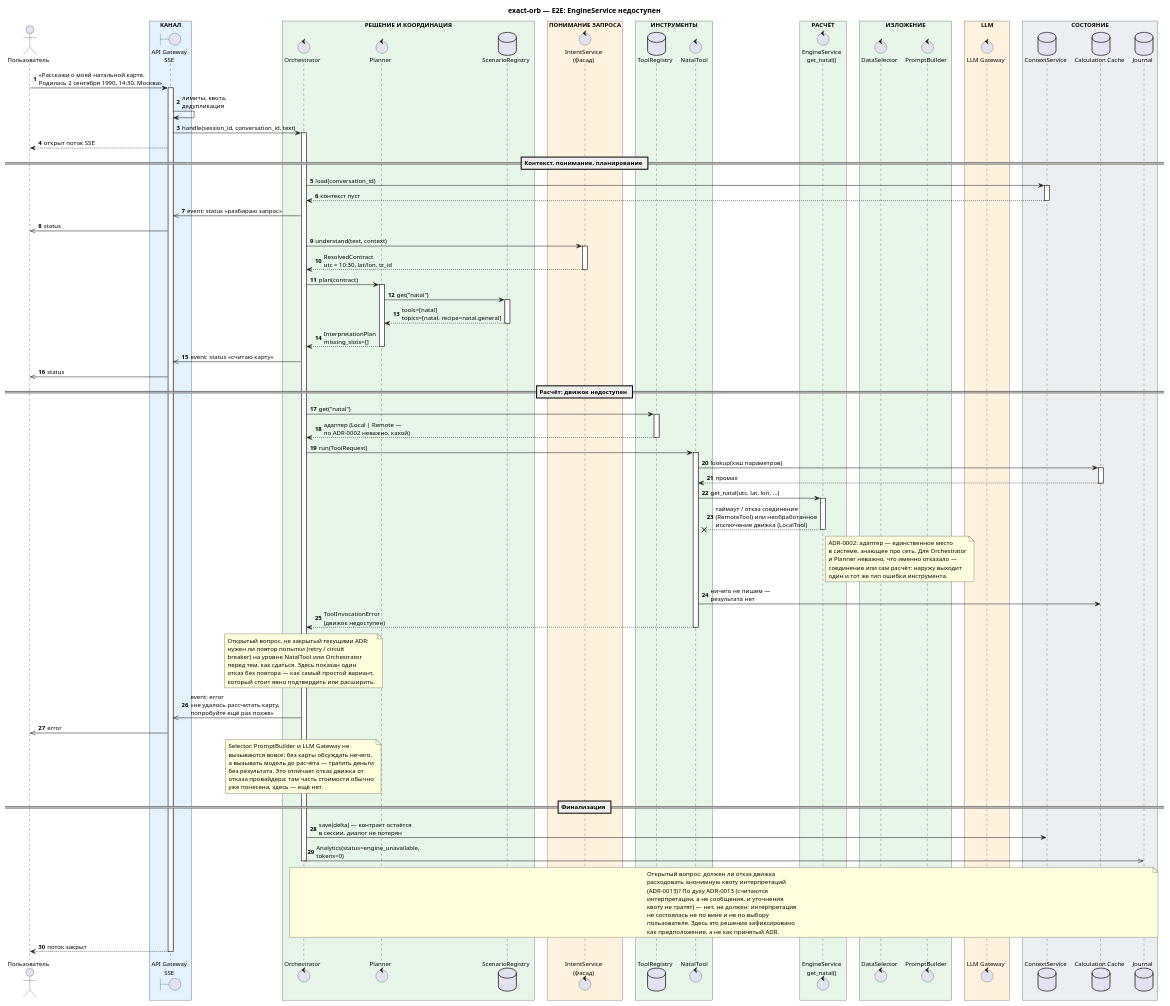
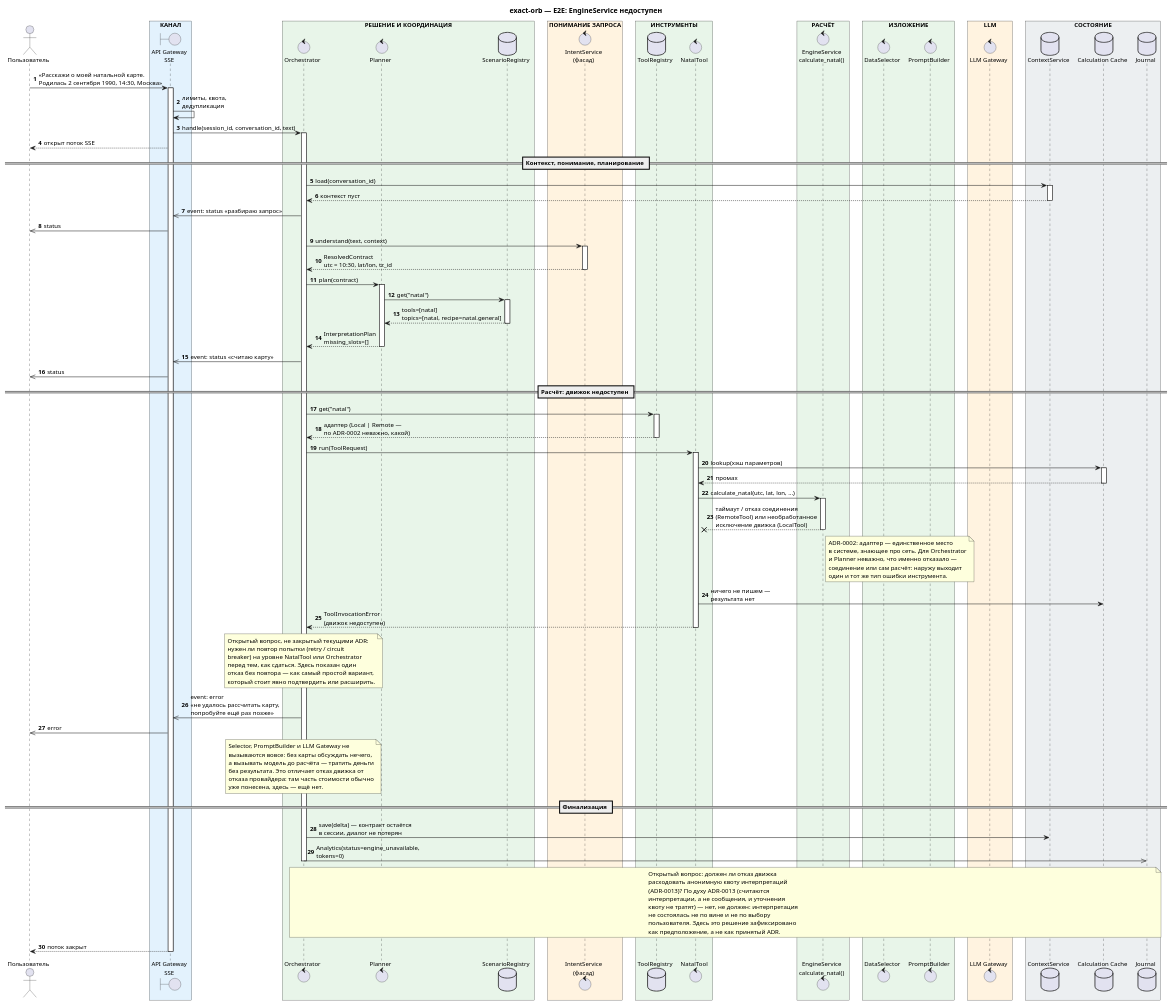
Before and after one commit to unemployedITshnik/exact-orb-demo: the diagram in docs/sequence_diagrams/general_e2e/e2e_engine_unavailable.puml, drawn with PlantUML. The commit also changed 26 other files, not shown here.

First line of the commit message:
refactor: rename chart calculation functions

```diff
--- a/docs/sequence_diagrams/general_e2e/e2e_engine_unavailable.puml
+++ b/docs/sequence_diagrams/general_e2e/e2e_engine_unavailable.puml
@@ -1,154 +1,154 @@
 @startuml
 title exact-orb — E2E: EngineService недоступен
 
 autonumber
 skinparam shadowing false
 skinparam ParticipantPadding 12
 skinparam BoxPadding 12
 skinparam DefaultFontSize 12
 
 actor "Пользователь" as User
 
 box "КАНАЛ" #E3F2FD
   boundary "API Gateway\nSSE" as Entry
 end box
 
 box "РЕШЕНИЕ И КООРДИНАЦИЯ" #E8F5E9
   control "Orchestrator" as Orch
   control "Planner" as Planner
   database "ScenarioRegistry" as ScenReg
 end box
 
 box "ПОНИМАНИЕ ЗАПРОСА" #FFF3E0
   control "IntentService\n(фасад)" as Intent
 end box
 
 box "ИНСТРУМЕНТЫ" #E8F5E9
   database "ToolRegistry" as ToolReg
   control "NatalTool" as NatalTool
 end box
 
 box "РАСЧЁТ" #E8F5E9
-  control "EngineService\nget_natal()" as Engine
+  control "EngineService\ncalculate_natal()" as Engine
 end box
 
 box "ИЗЛОЖЕНИЕ" #E8F5E9
   control "DataSelector" as Selector
   control "PromptBuilder" as PBuilder
 end box
 
 box "LLM" #FFF3E0
   control "LLM Gateway" as Gateway
 end box
 
 box "СОСТОЯНИЕ" #ECEFF1
   database "ContextService" as Ctx
   database "Calculation Cache" as Cache
   database "Journal" as Journal
 end box
 
 User -> Entry : «Расскажи о моей натальной карте.\nРодилась 2 сентября 1990, 14:30, Москва»
 activate Entry
 
 Entry -> Entry : лимиты, квота,\nдедупликация
 Entry -> Orch : handle(session_id, conversation_id, text)
 activate Orch
 Entry --> User : открыт поток SSE
 
 == Контекст, понимание, планирование ==
 Orch -> Ctx : load(conversation_id)
 activate Ctx
 Ctx --> Orch : контекст пуст
 deactivate Ctx
 
 Orch ->> Entry : event: status «разбираю запрос»
 Entry ->> User : status
 
 Orch -> Intent : understand(text, context)
 activate Intent
 Intent --> Orch : ResolvedContract\nutc = 10:30, lat/lon, tz_id
 deactivate Intent
 
 Orch -> Planner : plan(contract)
 activate Planner
 Planner -> ScenReg : get("natal")
 activate ScenReg
 ScenReg --> Planner : tools=[natal]\ntopics=[natal, recipe=natal.general]
 deactivate ScenReg
 Planner --> Orch : InterpretationPlan\nmissing_slots=[]
 deactivate Planner
 
 Orch ->> Entry : event: status «считаю карту»
 Entry ->> User : status
 
 == Расчёт: движок недоступен ==
 Orch -> ToolReg : get("natal")
 activate ToolReg
 ToolReg --> Orch : адаптер (Local | Remote —\nпо ADR-0002 неважно, какой)
 deactivate ToolReg
 
 Orch -> NatalTool : run(ToolRequest)
 activate NatalTool
 NatalTool -> Cache : lookup(хэш параметров)
 activate Cache
 Cache --> NatalTool : промах
 deactivate Cache
 
-NatalTool -> Engine : get_natal(utc, lat, lon, ...)
+NatalTool -> Engine : calculate_natal(utc, lat, lon, ...)
 activate Engine
 Engine --x NatalTool : таймаут / отказ соединения\n(RemoteTool) или необработанное\nисключение движка (LocalTool)
 deactivate Engine
 
 note right of Engine
   ADR-0002: адаптер — единственное место
   в системе, знающее про сеть. Для Orchestrator
   и Planner неважно, что именно отказало —
   соединение или сам расчёт: наружу выходит
   один и тот же тип ошибки инструмента.
 end note
 
 NatalTool -> Cache : ничего не пишем —\nрезультата нет
 NatalTool --> Orch : ToolInvocationError\n(движок недоступен)
 deactivate NatalTool
 
 note over Orch
   Открытый вопрос, не закрытый текущими ADR:
   нужен ли повтор попытки (retry / circuit
   breaker) на уровне NatalTool или Orchestrator
   перед тем, как сдаться. Здесь показан один
   отказ без повтора — как самый простой вариант,
   который стоит явно подтвердить или расширить.
 end note
 
 Orch ->> Entry : event: error\n«не удалось рассчитать карту,\nпопробуйте ещё раз позже»
 Entry ->> User : error
 
 note over Orch
   Selector, PromptBuilder и LLM Gateway не
   вызываются вовсе: без карты обсуждать нечего,
   а вызывать модель до расчёта — тратить деньги
   без результата. Это отличает отказ движка от
   отказа провайдера: там часть стоимости обычно
   уже понесена, здесь — ещё нет.
 end note
 
 == Финализация ==
 Orch -> Ctx : save(delta) — контракт остаётся\nв сессии, диалог не потерян
 Orch ->> Journal : Analytics(status=engine_unavailable,\ntokens=0)
 
 note over Orch, Journal
   Открытый вопрос: должен ли отказ движка
   расходовать анонимную квоту интерпретаций
   (ADR-0013)? По духу ADR-0013 (считаются
   интерпретации, а не сообщения, и уточнения
   квоту не тратят) — нет, не должен: интерпретация
   не состоялась не по вине и не по выбору
   пользователя. Здесь это решение зафиксировано
   как предположение, а не как принятый ADR.
 end note
 
 deactivate Orch
 Entry --> User : поток закрыт
 deactivate Entry
 
 @enduml
```
